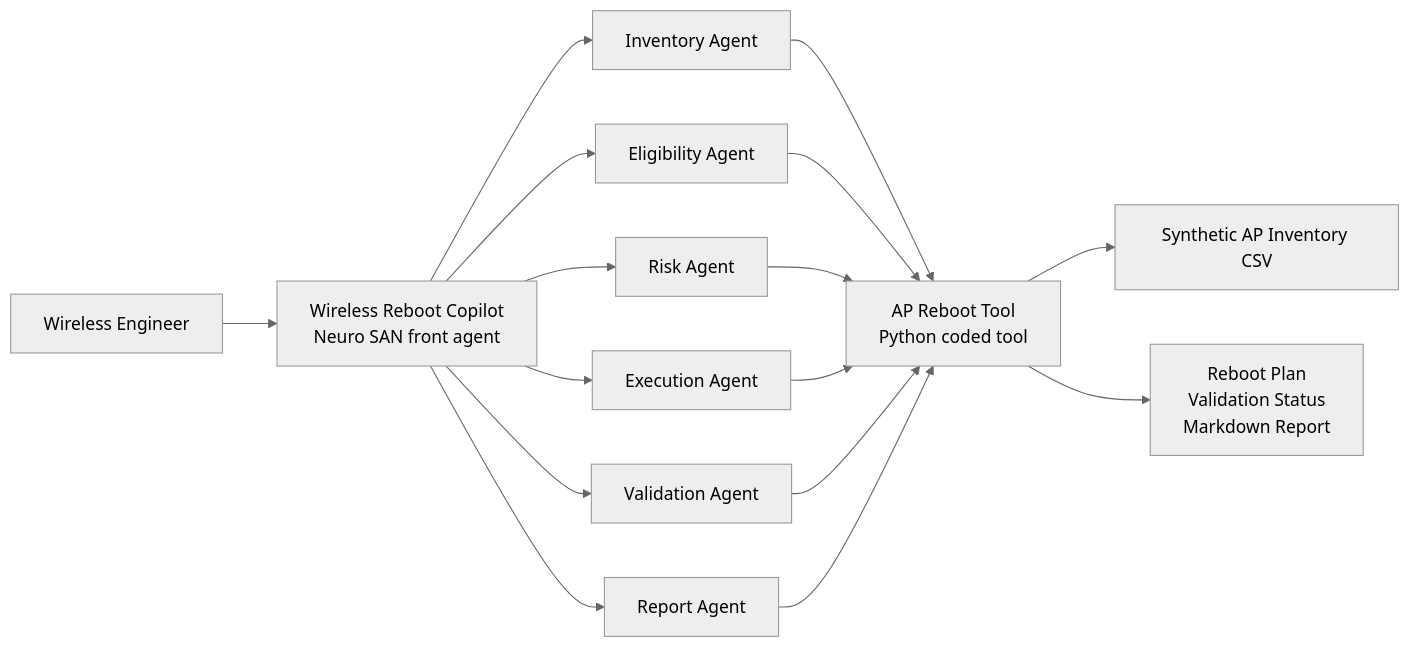
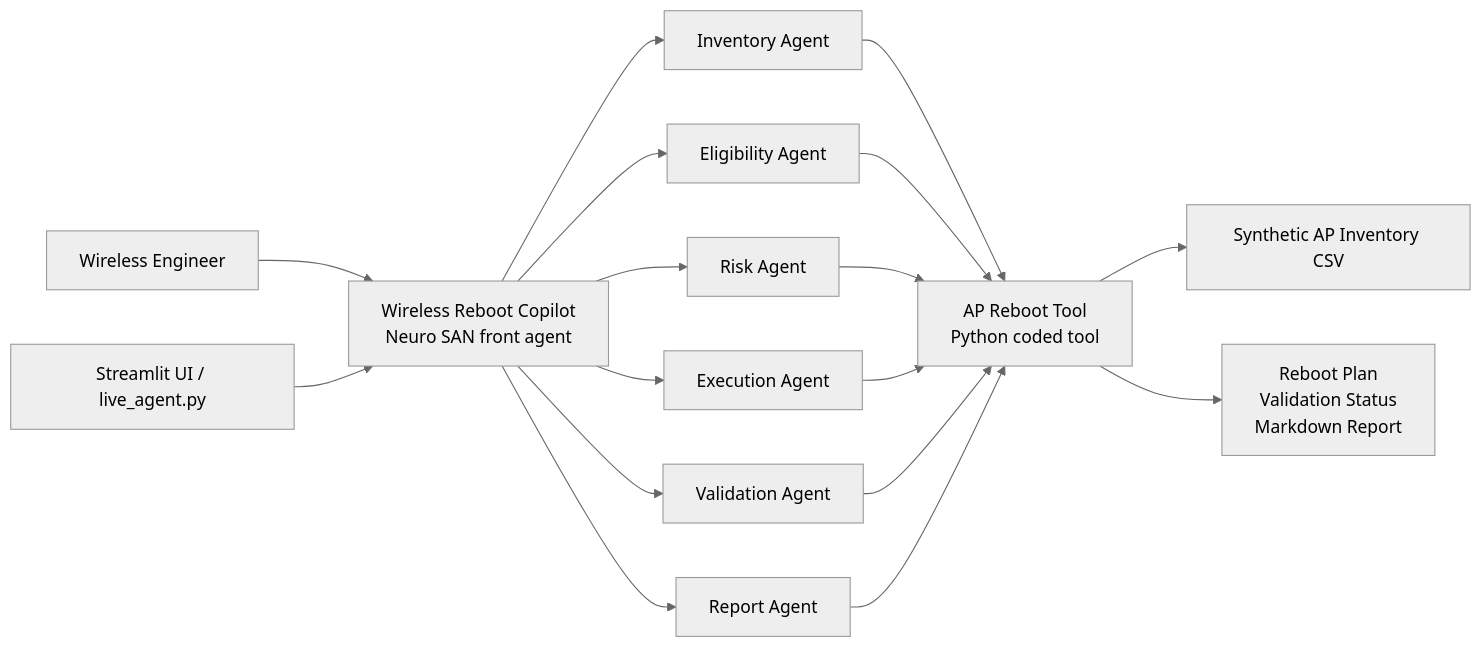
Before and after one commit to Praveenanbalagan-cognizant/gns-zero-client-reboot-orchestrator: the diagram in architecture.md, drawn with Mermaid (neutral theme). The commit also changed other lines of this file, not shown here.

Commit message:
Add live Neuro SAN agent run path

````diff
--- a/architecture.md
+++ b/architecture.md
@@ -11,20 +11,21 @@
 ```mermaid
 flowchart LR
     User["Wireless Engineer"] --> Front["Wireless Reboot Copilot<br/>Neuro SAN front agent"]
+    UI["Streamlit UI / live_agent.py"] --> Front
     Front --> Inventory["Inventory Agent"]
     Front --> Eligibility["Eligibility Agent"]
     Front --> Risk["Risk Agent"]
     Front --> Execute["Execution Agent"]
     Front --> Validate["Validation Agent"]
     Front --> Report["Report Agent"]
 
     Inventory --> Tool["AP Reboot Tool<br/>Python coded tool"]
     Eligibility --> Tool
     Risk --> Tool
     Execute --> Tool
     Validate --> Tool
     Report --> Tool
 
     Tool --> Data["Synthetic AP Inventory CSV"]
     Tool --> Output["Reboot Plan<br/>Validation Status<br/>Markdown Report"]
 ```
````
